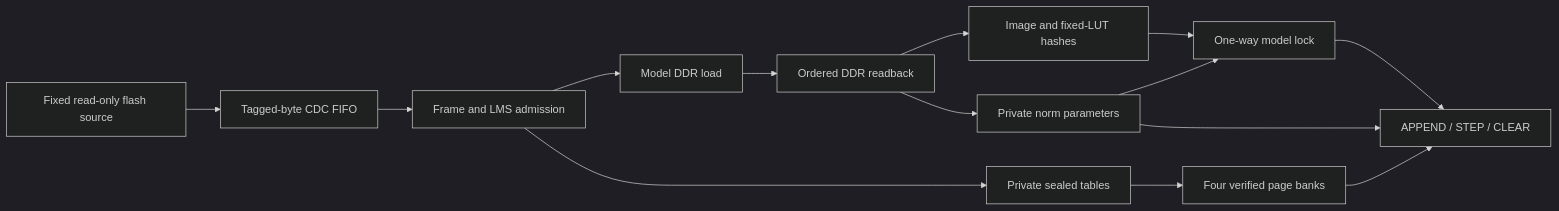
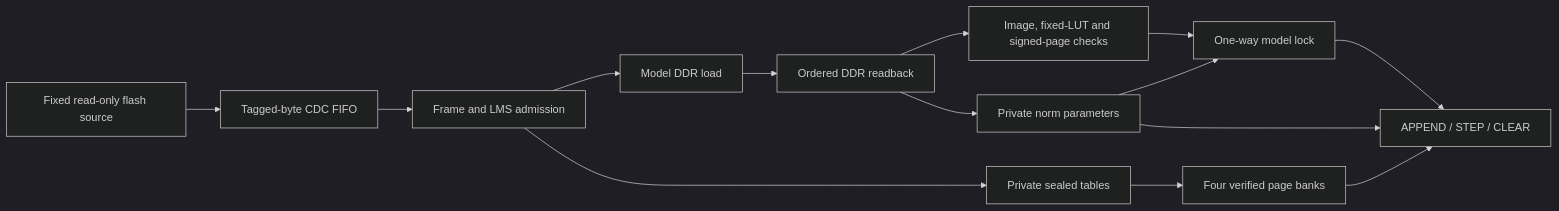
The diagram in demos/simplestories-v2-5m/variants/signed-update/tang/HARDWARE.md (Berkeley-AI-Risk/inference-only), drawn with Mermaid (dark theme) before and after one commit. The commit also changed other lines of this file and 439 other files, not shown here.

````diff
--- a/demos/simplestories-v2-5m/variants/signed-update/tang/HARDWARE.md
+++ b/demos/simplestories-v2-5m/variants/signed-update/tang/HARDWARE.md
@@ -17,16 +17,16 @@
 ```mermaid
 flowchart LR
     F[Fixed read-only flash source] --> C[Tagged-byte CDC FIFO]
     C --> A[Frame and LMS admission]
     A --> S[Private sealed tables]
     A --> W[Model DDR load]
     W --> R[Ordered DDR readback]
-    R --> H[Image and fixed-LUT hashes]
+    R --> H[Image, fixed-LUT and signed-page checks]
     R --> N[Private norm parameters]
     H --> L[One-way model lock]
     S --> P[Four verified page banks]
     L --> T[APPEND / STEP / CLEAR]
     N --> T
     N --> L
     P --> T
 ```
````
